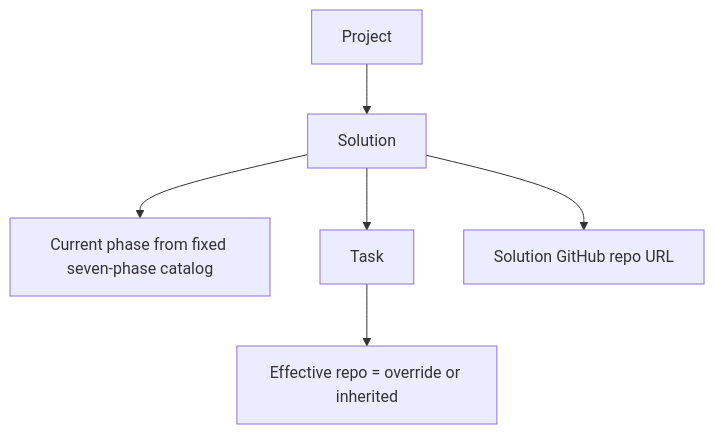
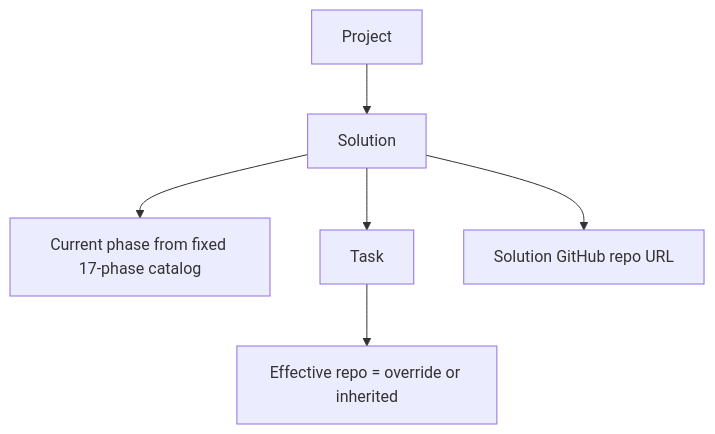
The third of 4 diagrams in docs/data-dictionary.md (lukegob10/sipm), drawn with Mermaid before and after one commit. The commit also changed other lines of this file and 21 other files, not shown here.

````diff
--- a/docs/data-dictionary.md
+++ b/docs/data-dictionary.md
@@ -693,8 +703,8 @@
 ```mermaid
 flowchart TD
   Project["Project"] --> Solution["Solution"]
-  Solution --> CurrentPhase["Current phase from fixed seven-phase catalog"]
+  Solution --> CurrentPhase["Current phase from fixed 17-phase catalog"]
   Solution --> Task["Task"]
   Solution --> Repo["Solution GitHub repo URL"]
   Task --> EffectiveRepo["Effective repo = override or inherited"]
 ```
````
